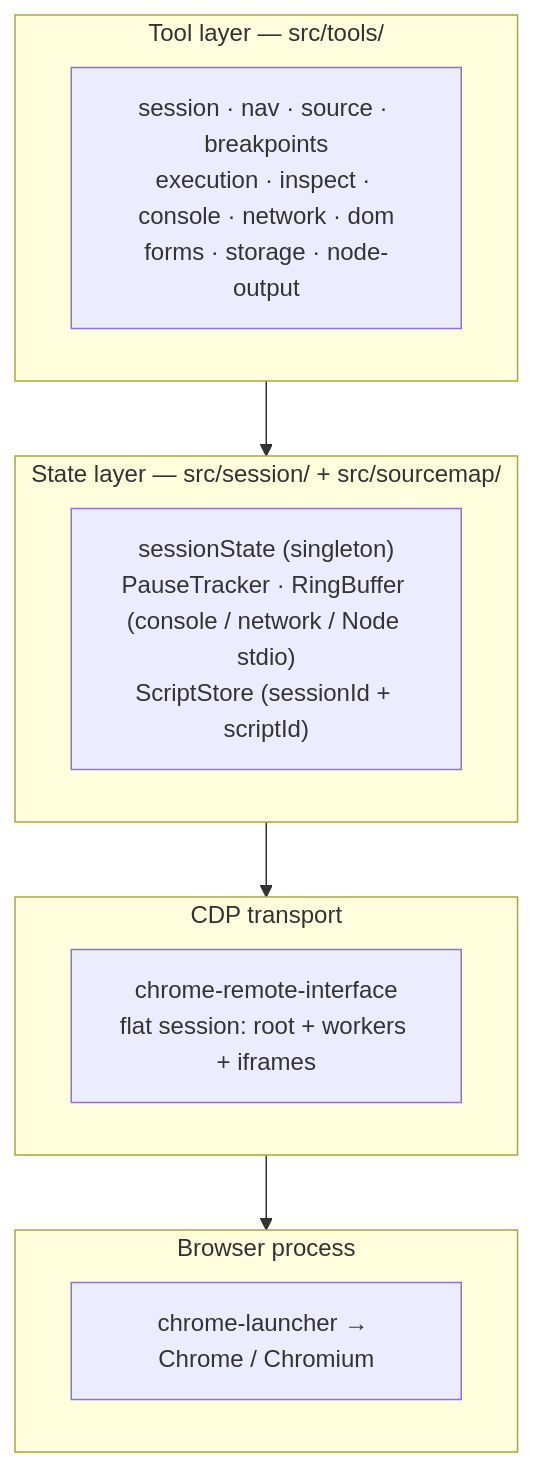
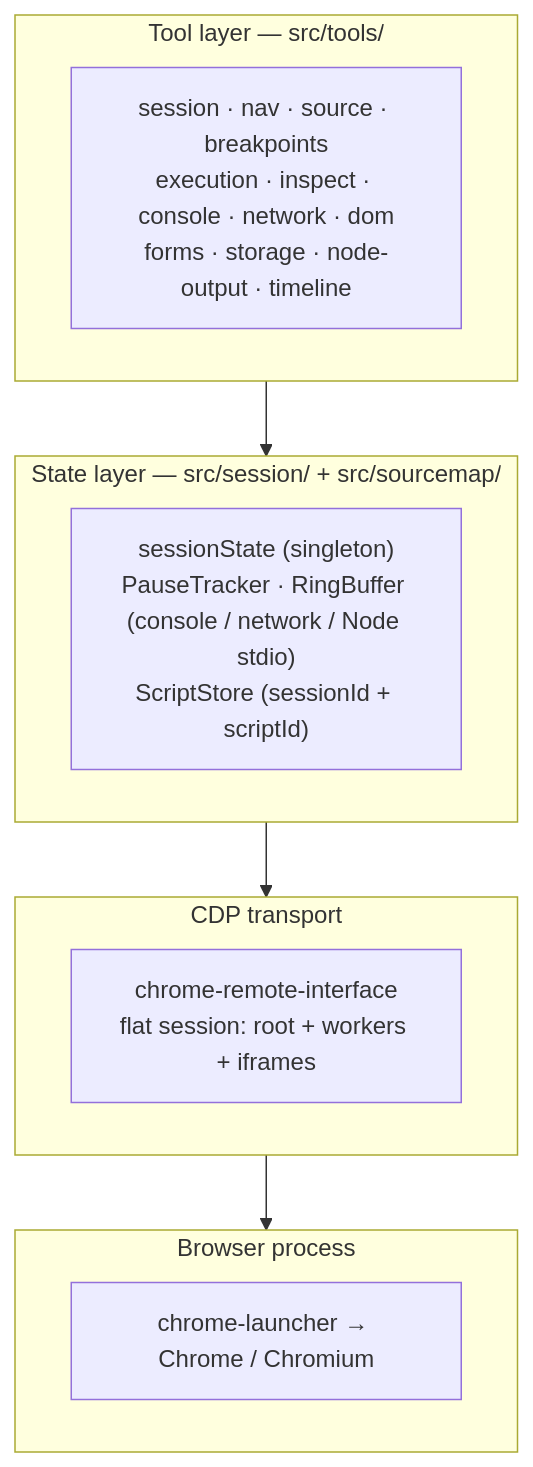
Before and after one commit to lcjanke2020/lynceus: the second of 6 diagrams in docs/ARCHITECTURE.md, drawn with Mermaid. The commit also changed other lines of this file and 23 other files, not shown here.

First line of the commit message:
feat: add raced waits and merged timeline (LEO-365) (#71)

````diff
--- a/docs/ARCHITECTURE.md
+++ b/docs/ARCHITECTURE.md
@@ -47,16 +47,16 @@
 ```mermaid
 flowchart TB
     subgraph T["Tool layer — src/tools/"]
-        TT["session · nav · source · breakpoints<br/>execution · inspect · console · network · dom<br/>forms · storage · node-output"]
+        TT["session · nav · source · breakpoints<br/>execution · inspect · console · network · dom<br/>forms · storage · node-output · timeline"]
     end
     subgraph S["State layer — src/session/ + src/sourcemap/"]
         SS["sessionState (singleton)<br/>PauseTracker · RingBuffer (console / network / Node stdio)<br/>ScriptStore (sessionId + scriptId)"]
     end
     subgraph C["CDP transport"]
         CC["chrome-remote-interface<br/>flat session: root + workers + iframes"]
     end
     subgraph B["Browser process"]
         BB["chrome-launcher → Chrome / Chromium"]
     end
     T --> S --> C --> B
 ```
````
